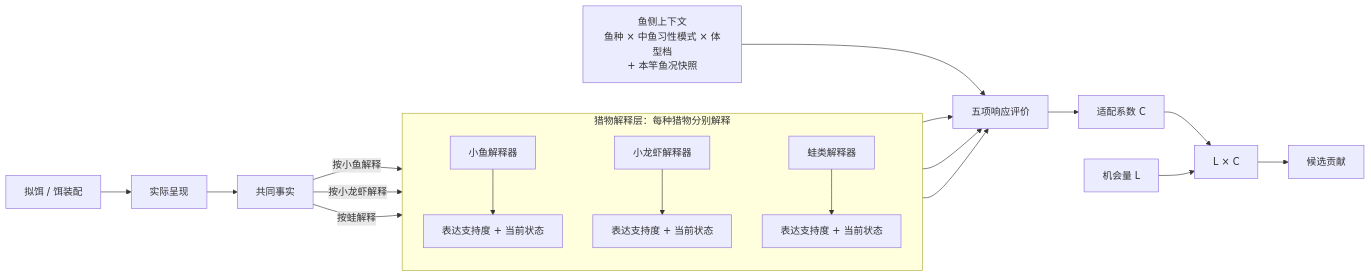
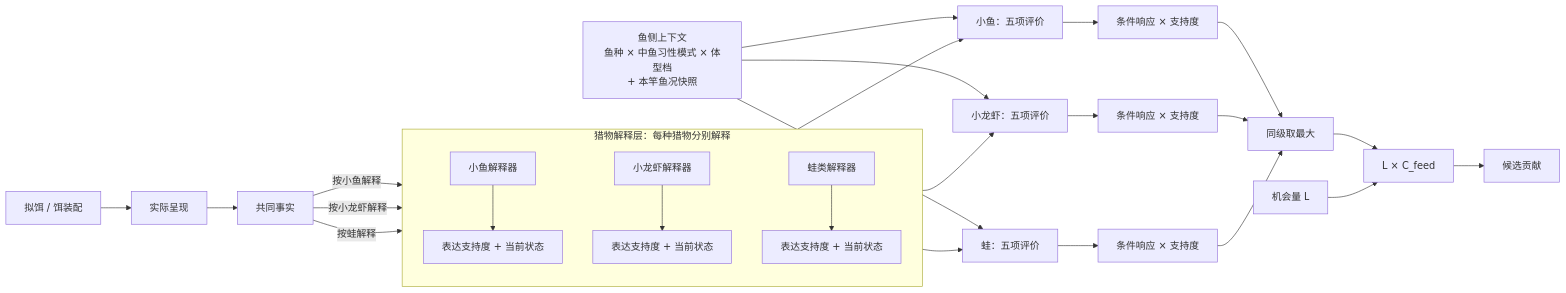
One commit to futouyiba/HitFish-Up changed the diagram in docs/alignment/lure-response/2026-10-30-lure-response-alignment-draft.md. Above: the diagram before and after it, drawn with Mermaid. The commit also changed other lines of this file and 1 other file, not shown here.

First line of the commit message:
docs: fix meeting deck evaluation chain and diagram wiring per review

````diff
--- a/docs/alignment/lure-response/2026-10-30-lure-response-alignment-draft.md
+++ b/docs/alignment/lure-response/2026-10-30-lure-response-alignment-draft.md
@@ -114,24 +112,32 @@
 ```mermaid
 flowchart LR
     A[拟饵 / 饵装配] --> B[实际呈现] --> F[共同事实]
     subgraph PI[猎物解释层：每种猎物分别解释]
       direction TB
       I1[小鱼解释器]
       I2[小龙虾解释器]
       I3[蛙类解释器]
       I1 --> S1[表达支持度 + 当前状态]
       I2 --> S2[表达支持度 + 当前状态]
       I3 --> S3[表达支持度 + 当前状态]
     end
     F -->|按小鱼解释| I1
     F -->|按小龙虾解释| I2
     F -->|按蛙解释| I3
-    FC[鱼侧上下文\n鱼种 × 中鱼习性模式 × 体型档\n+ 本竿鱼况快照] --> R[五项响应评价]
-    S1 --> R
-    S2 --> R
-    S3 --> R
-    R --> C[适配系数 C]
-    C --> J[L × C]
+    FC[鱼侧上下文\n鱼种 × 中鱼习性模式 × 体型档\n+ 本竿鱼况快照]
+    FC --> R1[小鱼：五项评价]
+    FC --> R2[小龙虾：五项评价]
+    FC --> R3[蛙：五项评价]
+    S1 --> R1
+    S2 --> R2
+    S3 --> R3
+    R1 --> C1[条件响应 × 支持度]
+    R2 --> C2[条件响应 × 支持度]
+    R3 --> C3[条件响应 × 支持度]
+    C1 --> MX[同级取最大]
+    C2 --> MX
+    C3 --> MX
+    MX --> J[L × C_feed]
     O[机会量 L] --> J
     J --> Q[候选贡献]
 ```
````
